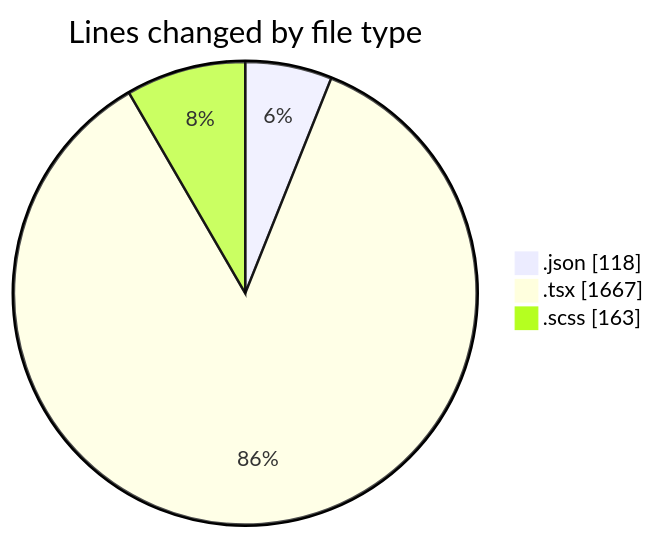
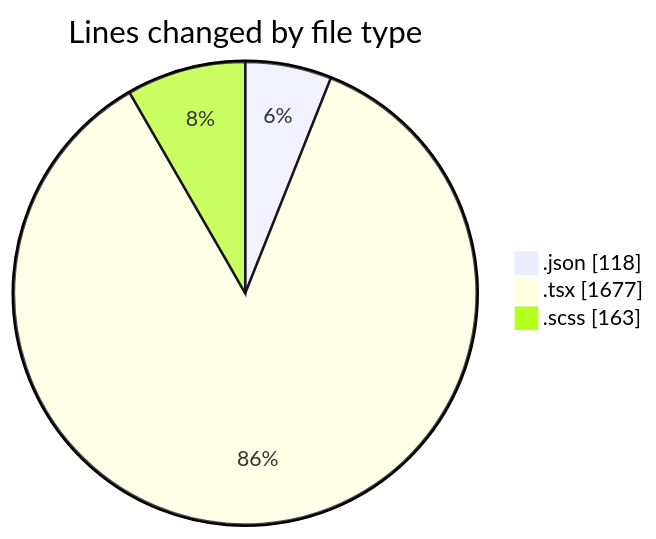
The first of 2 diagrams in 2025-11-19/cda/README.md (momahboobian/code-tracking), drawn with Mermaid before and after one commit. The commit also changed other lines of this file and 1 other file, not shown here.

````diff
--- a/2025-11-19/cda/README.md
+++ b/2025-11-19/cda/README.md
@@ -22,7 +22,7 @@
 ```mermaid
 pie showData
 title Lines changed by file type
 ".json" : 118
-".tsx" : 1667
+".tsx" : 1677
 ".scss" : 163
 ```
````
